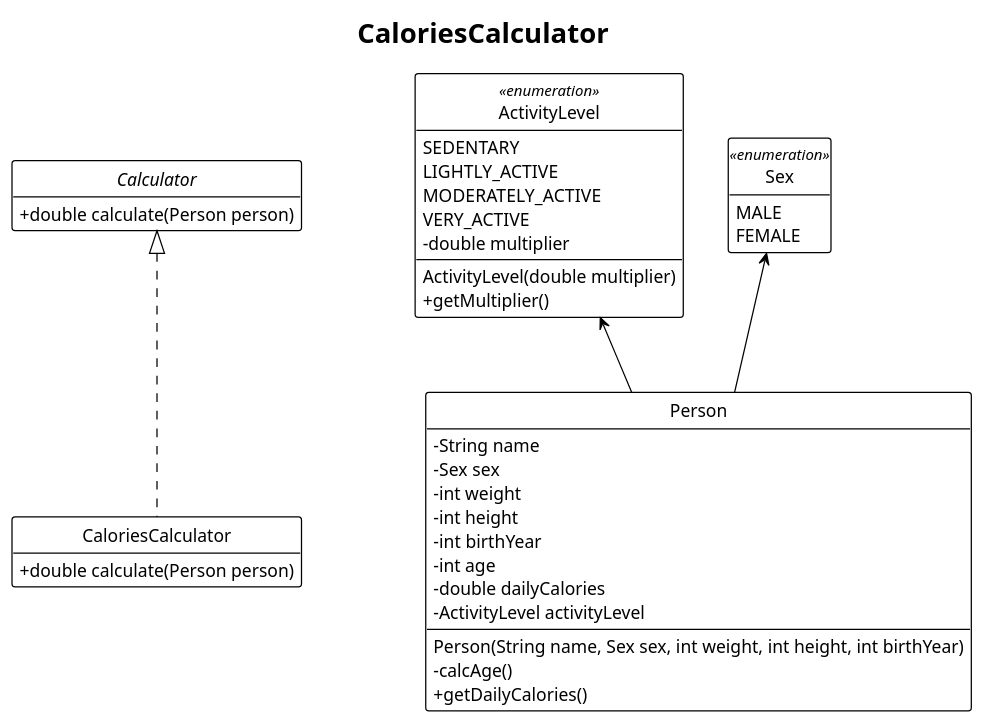
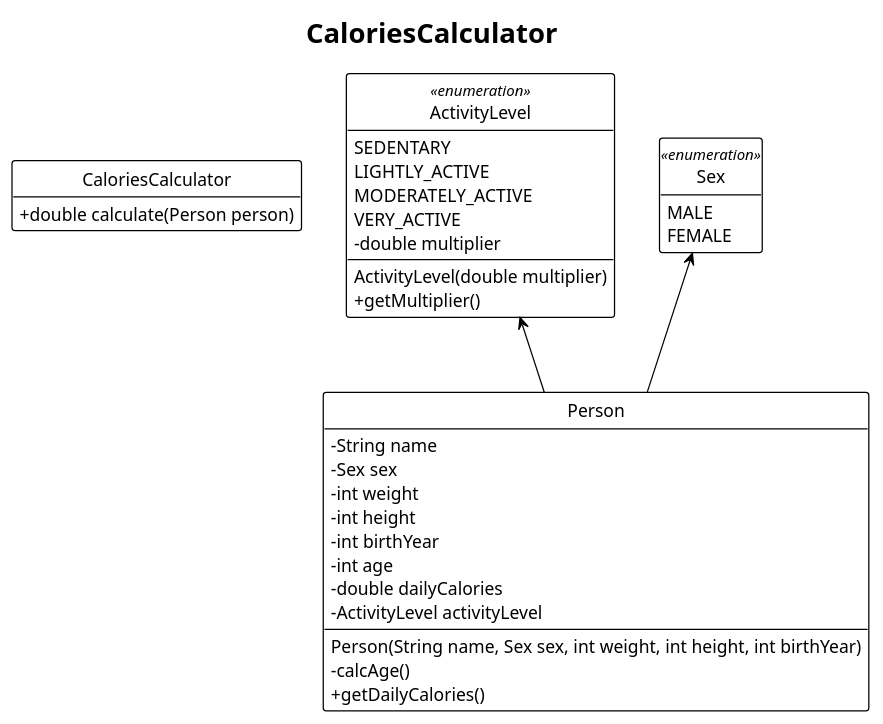
Before and after one commit to larsb-dev/caloriescalculator: the diagram in docs/CaloriesCalculator.puml, drawn with PlantUML. The commit also changed 7 other files, not shown here.

Commit message:
refactor CliApp to improve usability and remove Calculator interface

```diff
--- a/docs/CaloriesCalculator.puml
+++ b/docs/CaloriesCalculator.puml
@@ -1,52 +1,46 @@
 @startuml
 !theme plain
 hide circle
 hide empty attributes
 hide empty methods
 skinparam classAttributeIconSize 0
 top to bottom direction
 
 title CaloriesCalculator
-
-interface Calculator {
-    + double calculate(Person person)
-}
 
 class CaloriesCalculator {
     + double calculate(Person person)
 }
 
 class Person {
     - String name
     - Sex sex
     - int weight
     - int height
     - int birthYear
     - int age
     - double dailyCalories
     - ActivityLevel activityLevel
     Person(String name, Sex sex, int weight, int height, int birthYear)
     - calcAge()
     + getDailyCalories()
 }
 
 enum ActivityLevel <<enumeration>> {
     SEDENTARY
     LIGHTLY_ACTIVE
     MODERATELY_ACTIVE
     VERY_ACTIVE
     - double multiplier
     ActivityLevel(double multiplier)
     + getMultiplier()
 }
 
 enum Sex <<enumeration>> {
     MALE
     FEMALE
 }
 
-Calculator <|.. CaloriesCalculator
-
 ActivityLevel <-- Person
 Sex <-- Person
 @enduml
```
